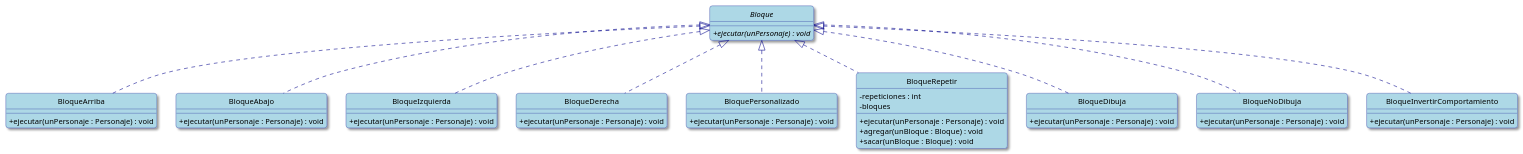
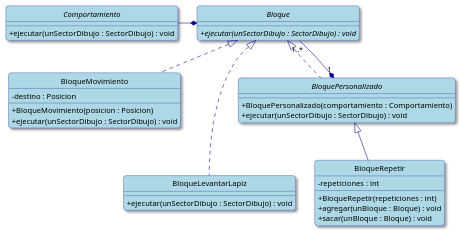
The second of 4 diagrams in diagramas-uml.puml (valva-ro/Algo3-TP2-AlgoBlocks), drawn with PlantUML before and after one commit. The commit also changed other lines of this file, not shown here.

```diff
--- a/diagramas-uml.puml
+++ b/diagramas-uml.puml
@@ -77,58 +121,45 @@
 @startuml
-'Diagrama de clase relacion entre bloques
+'Diagrama de clase relacion entre bloques (version Andreas 2.0)
 hide circle
 skinparam classAttributeIconSize 0
 skinparam backgroundColor White
 skinparam RoundCorner 10
 skinparam Shadowing true
 
 skinparam class {
     ArrowColor DarkBlue
     BackgroundColor LightBlue
     BorderColor DarkBlue
 }
 interface Bloque {
-    + {abstract} ejecutar(unPersonaje) : void
+    + {abstract} ejecutar(unSectorDibujo : SectorDibujo) : void
 }
-class BloqueArriba {
-    + ejecutar(unPersonaje : Personaje) : void
-}
-class BloqueAbajo {
-    + ejecutar(unPersonaje : Personaje) : void
-}
-class BloqueIzquierda{
-    + ejecutar(unPersonaje : Personaje) : void
-}
-class BloqueDerecha {
-    + ejecutar(unPersonaje : Personaje) : void
-}
-class BloquePersonalizado {
-    + ejecutar(unPersonaje : Personaje) : void
+class BloqueMovimiento {
+    - destino : Posicion
+    + BloqueMovimiento(posicion : Posicion)
+    + ejecutar(unSectorDibujo : SectorDibujo) : void
 }
 class BloqueRepetir {
     - repeticiones : int
-    - bloques
-    + ejecutar(unPersonaje : Personaje) : void
+    + BloqueRepetir(repeticiones : int)
     + agregar(unBloque : Bloque) : void
     + sacar(unBloque : Bloque) : void
 }
-class BloqueDibuja {
-    + ejecutar(unPersonaje : Personaje) : void
+class BloqueLevantarLapiz {
+    + ejecutar(unSectorDibujo : SectorDibujo) : void
 }
-class BloqueNoDibuja {
-    + ejecutar(unPersonaje : Personaje) : void
+abstract class BloquePersonalizado {
+    + BloquePersonalizado(comportamiento : Comportamiento)
+    + ejecutar(unSectorDibujo : SectorDibujo) : void
 }
-class BloqueInvertirComportamiento {
-    + ejecutar(unPersonaje : Personaje) : void
+interface Comportamiento {
+    + ejecutar(unSectorDibujo : SectorDibujo) : void
 }
 
-Bloque <|.. BloqueArriba
-Bloque <|.. BloqueAbajo
-Bloque <|.. BloqueIzquierda
-Bloque <|.. BloqueDerecha
-Bloque <|.. BloqueRepetir
-Bloque <|.. BloqueDibuja
-Bloque <|.. BloqueNoDibuja
+Bloque *-left Comportamiento
+BloquePersonalizado "1" *-- "1..*" Bloque
 Bloque <|.. BloquePersonalizado
-Bloque <|.. BloqueInvertirComportamiento
+Bloque <|.. BloqueMovimiento
+Bloque <|... BloqueLevantarLapiz
+BloquePersonalizado <|-- BloqueRepetir
 @enduml
```
